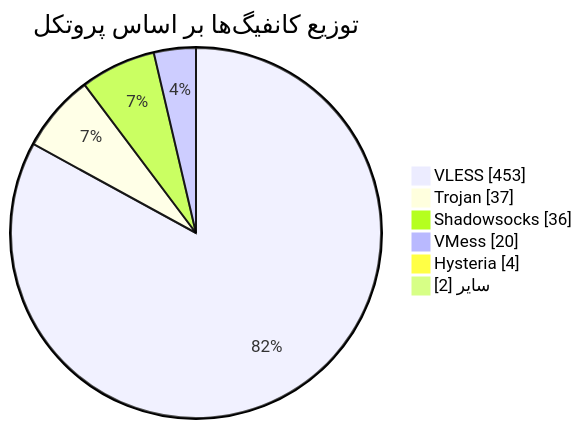
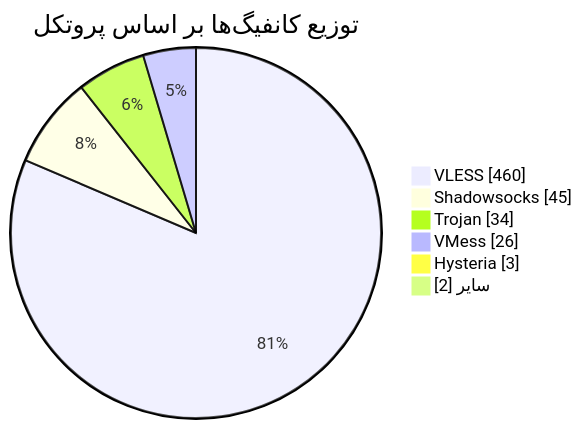
Before and after one commit to Arian-Alijani/Somthing: the diagram in README.md, drawn with Mermaid. The commit also changed other lines of this file and 93 other files, not shown here.

````diff
--- a/README.md
+++ b/README.md
@@ -48,10 +48,10 @@
 ```mermaid
 pie showData
     title توزیع کانفیگ‌ها بر اساس پروتکل
-    "VLESS" : 453
-    "Trojan" : 37
-    "Shadowsocks" : 36
-    "VMess" : 20
-    "Hysteria" : 4
+    "VLESS" : 460
+    "Shadowsocks" : 45
+    "Trojan" : 34
+    "VMess" : 26
+    "Hysteria" : 3
     "سایر" : 2
 ```
````
